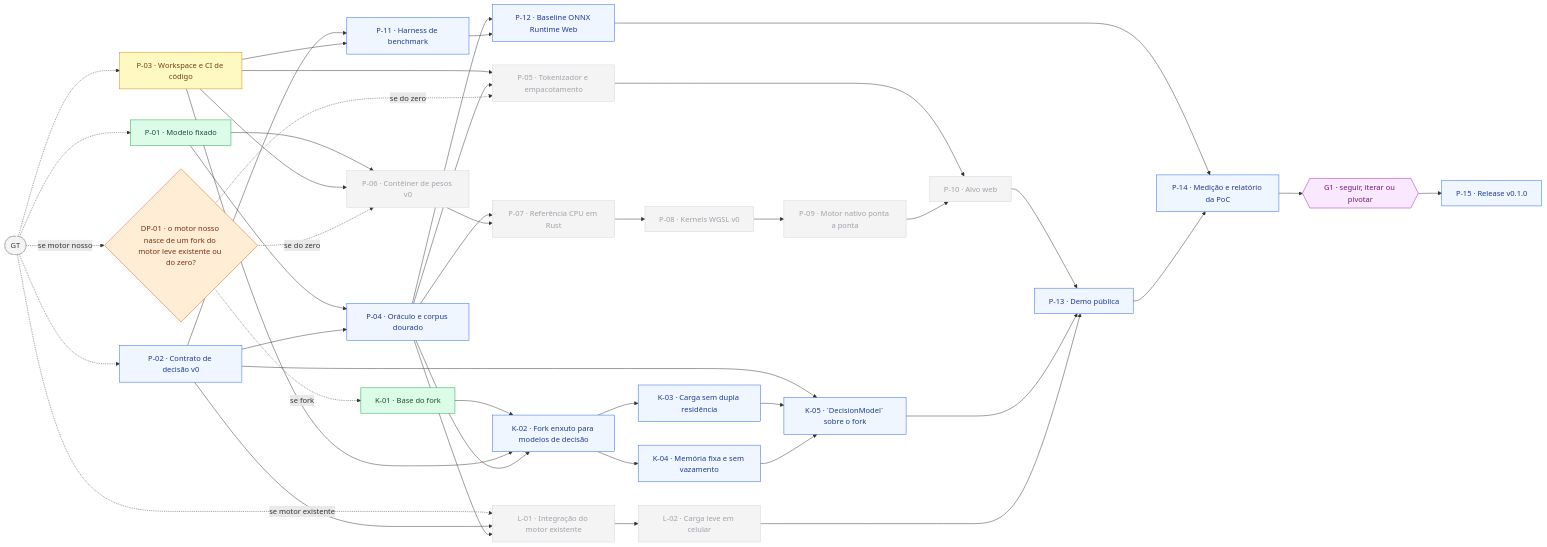
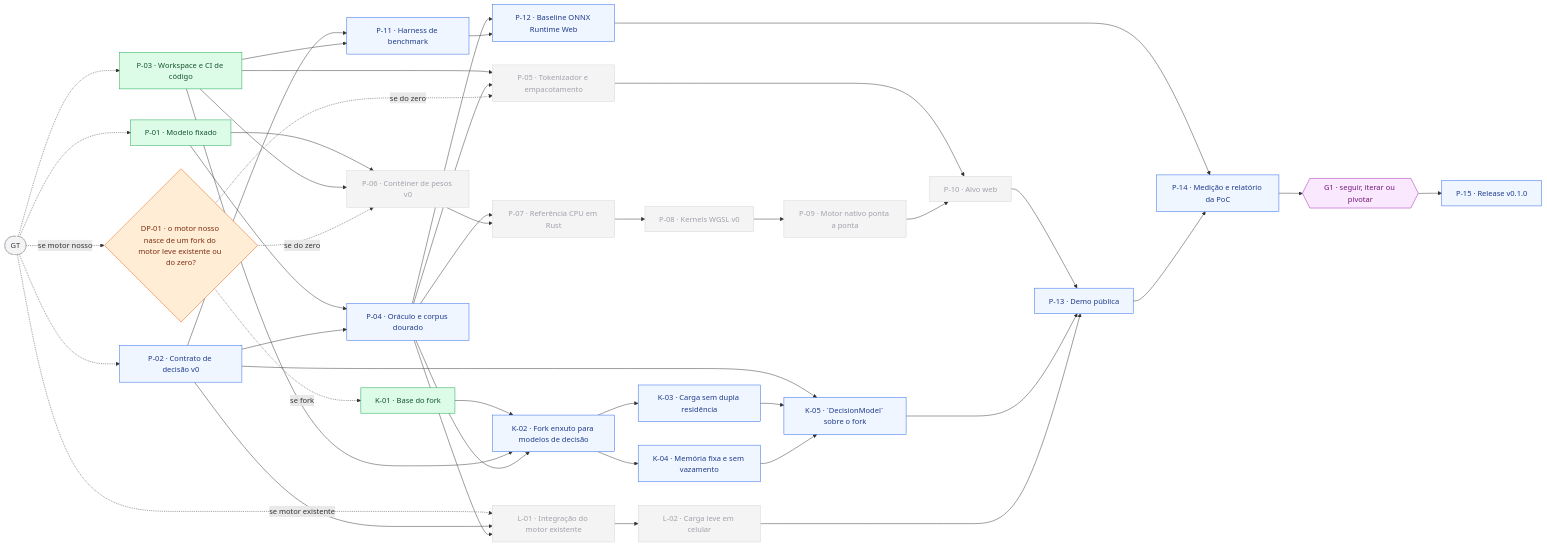
One commit to frederico-kluser/som-webcore changed the fourth of 10 diagrams in ROADMAP.md. Above: the diagram before and after it, drawn with Mermaid. The commit also changed other lines of this file, not shown here.

Commit message:
docs(roadmap): P-03 feita

````diff
--- a/ROADMAP.md
+++ b/ROADMAP.md
@@ -1095,78 +1095,78 @@
 ```mermaid
 flowchart LR
     GT(["GT"]):::ext
     P01["P-01 · Modelo fixado"]:::done
     P02["P-02 · Contrato de decisão v0"]:::todo
-    P03["P-03 · Workspace e CI de código"]:::doing
+    P03["P-03 · Workspace e CI de código"]:::done
     DP01{"DP-01 · o motor nosso nasce de um fork do motor leve existente ou do zero?"}:::fork
     P04["P-04 · Oráculo e corpus dourado"]:::todo
     P11["P-11 · Harness de benchmark"]:::todo
     P06["P-06 · Contêiner de pesos v0"]:::off
     K01["K-01 · Base do fork"]:::done
     P05["P-05 · Tokenizador e empacotamento"]:::off
     L01["L-01 · Integração do motor existente"]:::off
     P12["P-12 · Baseline ONNX Runtime Web"]:::todo
     P07["P-07 · Referência CPU em Rust"]:::off
     K02["K-02 · Fork enxuto para modelos de decisão"]:::todo
     L02["L-02 · Carga leve em celular"]:::off
     P08["P-08 · Kernels WGSL v0"]:::off
     K03["K-03 · Carga sem dupla residência"]:::todo
     K04["K-04 · Memória fixa e sem vazamento"]:::todo
     P09["P-09 · Motor nativo ponta a ponta"]:::off
     K05["K-05 · `DecisionModel` sobre o fork"]:::todo
     P10["P-10 · Alvo web"]:::off
     P13["P-13 · Demo pública"]:::todo
     P14["P-14 · Medição e relatório da PoC"]:::todo
     G1{{"G1 · seguir, iterar ou pivotar"}}:::gate
     P15["P-15 · Release v0.1.0"]:::todo
     GT -.-> P01
     GT -.-> P02
     GT -.-> P03
     GT -.->|"se motor nosso"| DP01
     P01 --> P04
     P02 --> P04
     P02 --> P11
     P03 --> P11
     P01 --> P06
     P03 --> P06
     DP01 -.->|"se do zero"| P06
     DP01 -.->|"se fork"| K01
     P03 --> P05
     P04 --> P05
     DP01 -.->|"se do zero"| P05
     GT -.->|"se motor existente"| L01
     P02 --> L01
     P04 --> L01
     P04 --> P12
     P11 --> P12
     P04 --> P07
     P06 --> P07
     K01 --> K02
     P03 --> K02
     P04 --> K02
     L01 --> L02
     P07 --> P08
     K02 --> K03
     K02 --> K04
     P08 --> P09
     P02 --> K05
     K03 --> K05
     K04 --> K05
     P05 --> P10
     P09 --> P10
     P10 --> P13
     K05 --> P13
     L02 --> P13
     P12 --> P14
     P13 --> P14
     P14 --> G1
     G1 --> P15
     classDef done fill:#dcfce7,stroke:#16a34a,color:#14532d;
     classDef doing fill:#fef9c3,stroke:#ca8a04,color:#713f12;
     classDef todo fill:#eff6ff,stroke:#2563eb,color:#1e3a8a;
     classDef gate fill:#fae8ff,stroke:#a21caf,color:#701a75;
     classDef fork fill:#ffedd5,stroke:#ea580c,color:#7c2d12;
     classDef opt fill:#f8fafc,stroke:#64748b,color:#334155,stroke-dasharray: 5 4;
     classDef off fill:#f4f4f5,stroke:#d4d4d8,color:#a1a1aa;
     classDef ext fill:#f4f4f5,stroke:#a1a1aa,color:#3f3f46,stroke-dasharray: 4 3;
 ```
````
